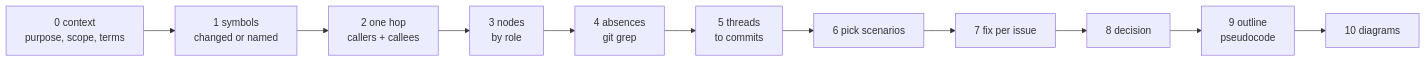
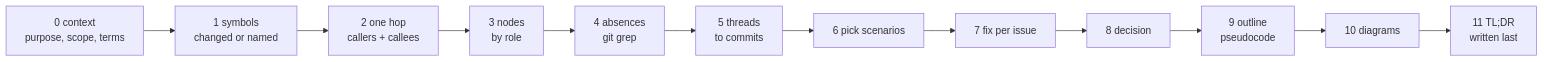
Before and after one commit to gauravprwl14/100x-engineer: the diagram in skills/explain/references/research-recipe.md, drawn with Mermaid. The commit also changed other lines of this file and 1 other file, not shown here.

Commit message:
docs(explain): TL;DR and mind map rules and recipe

````diff
--- a/skills/explain/references/research-recipe.md
+++ b/skills/explain/references/research-recipe.md
@@ -7,13 +7,14 @@
 ```mermaid
 flowchart LR
   X[0 context<br/>purpose, scope, terms] --> S[1 symbols<br/>changed or named]
   S --> H[2 one hop<br/>callers + callees]
   H --> N[3 nodes<br/>by role]
   N --> A[4 absences<br/>git grep]
   A --> T[5 threads<br/>to commits]
   T --> P[6 pick scenarios]
   P --> F[7 fix per issue]
   F --> D[8 decision]
   D --> O[9 outline<br/>pseudocode]
   O --> G[10 diagrams]
+  G --> L[11 TL;DR<br/>written last]
 ```
````
